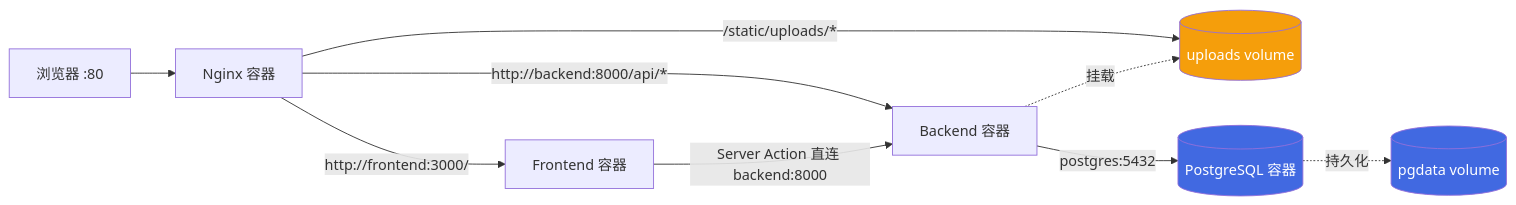
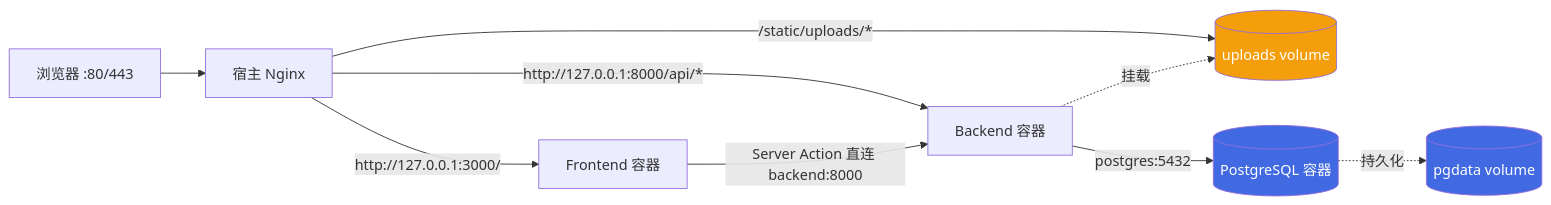
One commit to kakaoxy/profo changed the second of 9 diagrams in README.md. Above: the diagram before and after it, drawn with Mermaid. The commit also changed other lines of this file and 1 other file, not shown here.

First line of the commit message:
docs(readme): 修正从 clone 到启动的流程与架构图

````diff
--- a/README.md
+++ b/README.md
@@ -121,15 +121,15 @@
 ```mermaid
 graph LR
-    Browser[浏览器 :80] --> NX[Nginx 容器]
-    NX -->|http://backend:8000/api/*| BE[Backend 容器]
-    NX -->|http://frontend:3000/| FE[Frontend 容器]
+    Browser[浏览器 :80/443] --> NX[宿主 Nginx]
+    NX -->|http://127.0.0.1:8000/api/*| BE[Backend 容器]
+    NX -->|http://127.0.0.1:3000/| FE[Frontend 容器]
     NX -->|/static/uploads/*| UP[(uploads volume)]
     BE -->|postgres:5432| DB[(PostgreSQL 容器)]
     BE -.->|挂载| UP
     DB -.->|持久化| PG[(pgdata volume)]
     FE -->|Server Action 直连 backend:8000| BE
 
     style DB fill:#4169E1,color:#fff
     style PG fill:#4169E1,color:#fff
     style UP fill:#f59e0b,color:#fff
 ```
````
